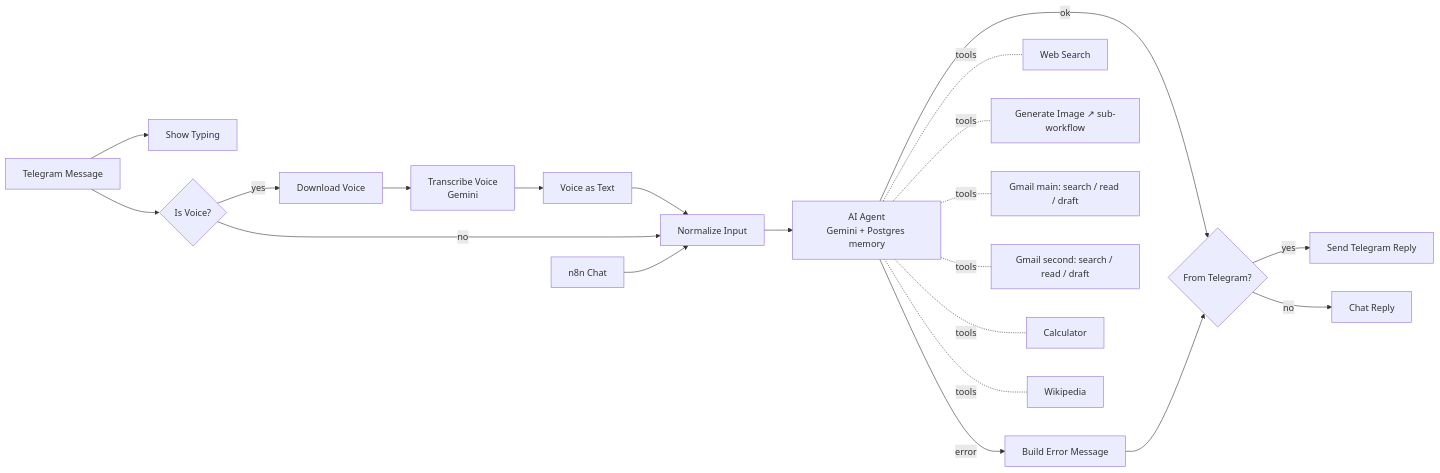
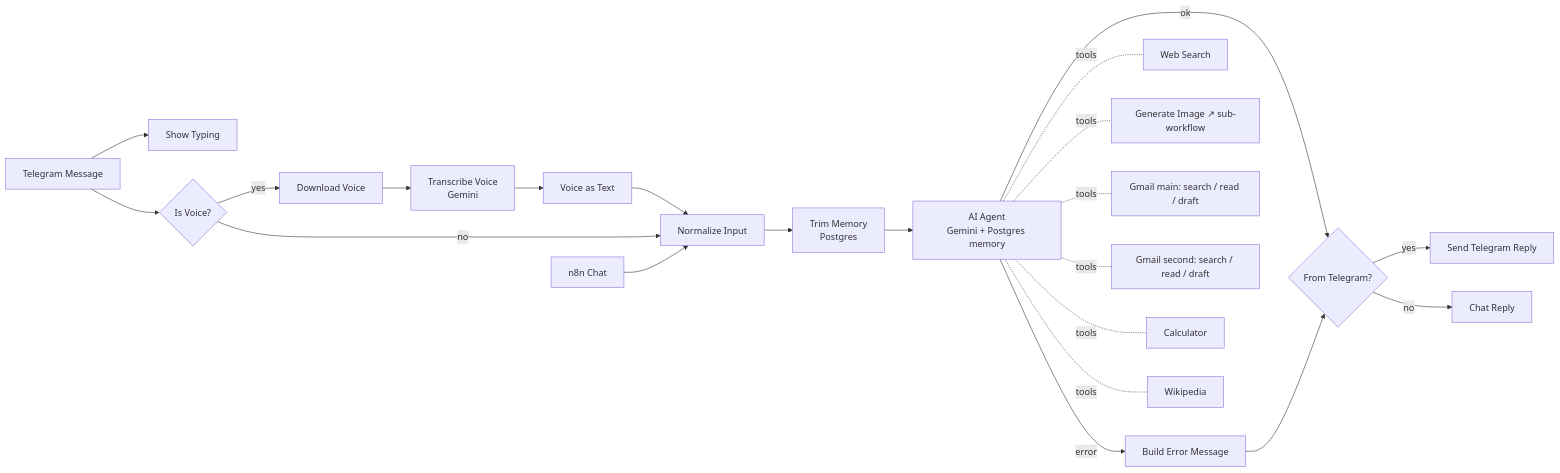
The second of 2 diagrams in README.md (muttumanjunath/n8n-personal-ai-assistant), drawn with Mermaid before and after one commit. The commit also changed other lines of this file and 2 other files, not shown here.

First line of the commit message:
Fix Gemini 400 with memory trimming; switch to gemini-3.1-flash-lite

````diff
--- a/README.md
+++ b/README.md
@@ -51,20 +51,20 @@
 ```mermaid
 flowchart LR
     T[Telegram Message] --> TY[Show Typing]
     T --> V{Is Voice?}
     V -->|yes| D[Download Voice] --> TR[Transcribe Voice<br/>Gemini] --> VT[Voice as Text] --> NI
     V -->|no| NI[Normalize Input]
     C[n8n Chat] --> NI
-    NI --> A[AI Agent<br/>Gemini + Postgres memory]
+    NI --> TM[Trim Memory<br/>Postgres] --> A[AI Agent<br/>Gemini + Postgres memory]
     A -->|ok| R{From Telegram?}
     A -->|error| E[Build Error Message] --> R
     R -->|yes| ST[Send Telegram Reply]
     R -->|no| CR[Chat Reply]
 
     A -.tools.- WS[Web Search]
     A -.tools.- GI[Generate Image ↗ sub-workflow]
     A -.tools.- G1[Gmail main: search / read / draft]
     A -.tools.- G2[Gmail second: search / read / draft]
     A -.tools.- CA[Calculator]
     A -.tools.- WK[Wikipedia]
 ```
````
